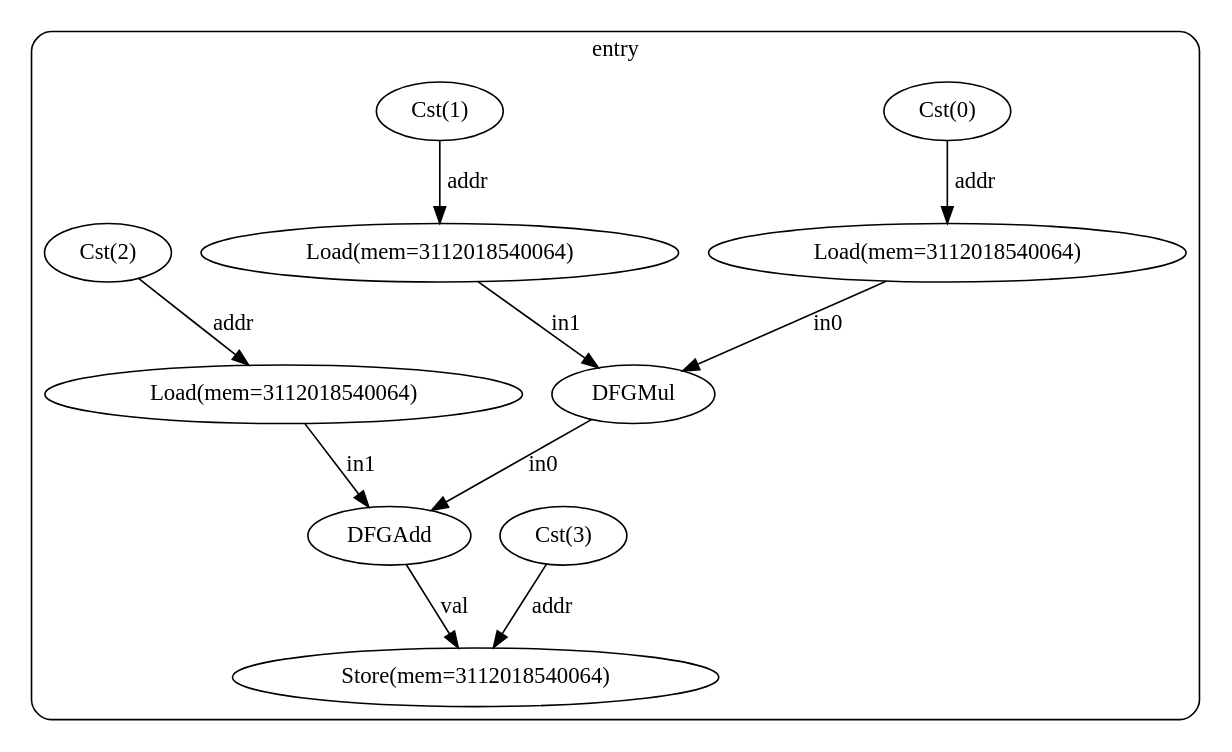
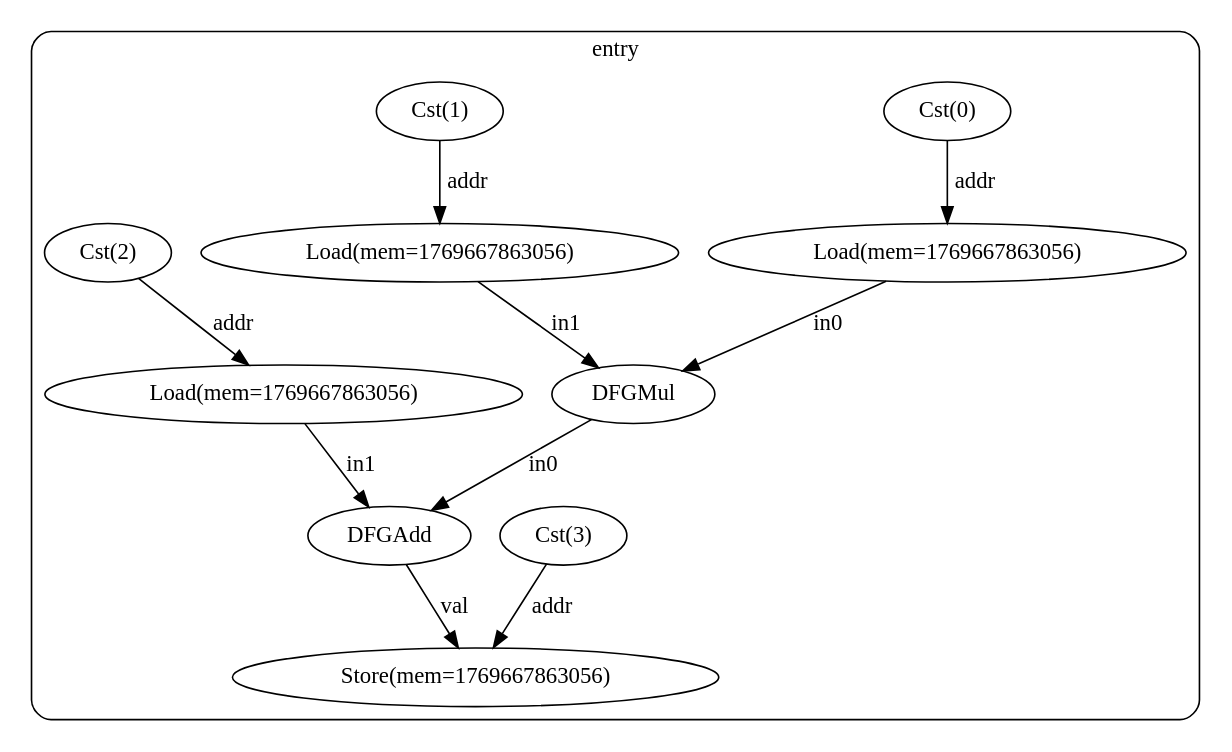
The diagram in cfg_with_dfg.dot (ma-carrillo/High-level-synthesis-assignment), drawn with Graphviz before and after one commit. The commit also changed 4 other files, not shown here.

```diff
--- a/cfg_with_dfg.dot
+++ b/cfg_with_dfg.dot
@@ -1,26 +1,26 @@
 digraph "example_cfg" {
   compound=true;
   subgraph "cluster_bb0" {
     label="entry";
     style=rounded;
     bb0_n0 [label="Cst(3)"];
     bb0_n1 [label="Cst(0)"];
-    bb0_n2 [label="Load(mem=3112018540064)"];
+    bb0_n2 [label="Load(mem=1769667863056)"];
     bb0_n3 [label="Cst(1)"];
-    bb0_n4 [label="Load(mem=3112018540064)"];
+    bb0_n4 [label="Load(mem=1769667863056)"];
     bb0_n5 [label="DFGMul"];
     bb0_n6 [label="Cst(2)"];
-    bb0_n7 [label="Load(mem=3112018540064)"];
+    bb0_n7 [label="Load(mem=1769667863056)"];
     bb0_n8 [label="DFGAdd"];
-    bb0_n9 [label="Store(mem=3112018540064)"];
+    bb0_n9 [label="Store(mem=1769667863056)"];
     bb0_n0 -> bb0_n9 [label="addr"];
     bb0_n1 -> bb0_n2 [label="addr"];
     bb0_n2 -> bb0_n5 [label="in0"];
     bb0_n3 -> bb0_n4 [label="addr"];
     bb0_n4 -> bb0_n5 [label="in1"];
     bb0_n5 -> bb0_n8 [label="in0"];
     bb0_n6 -> bb0_n7 [label="addr"];
     bb0_n7 -> bb0_n8 [label="in1"];
     bb0_n8 -> bb0_n9 [label="val"];
   }
 }
```
